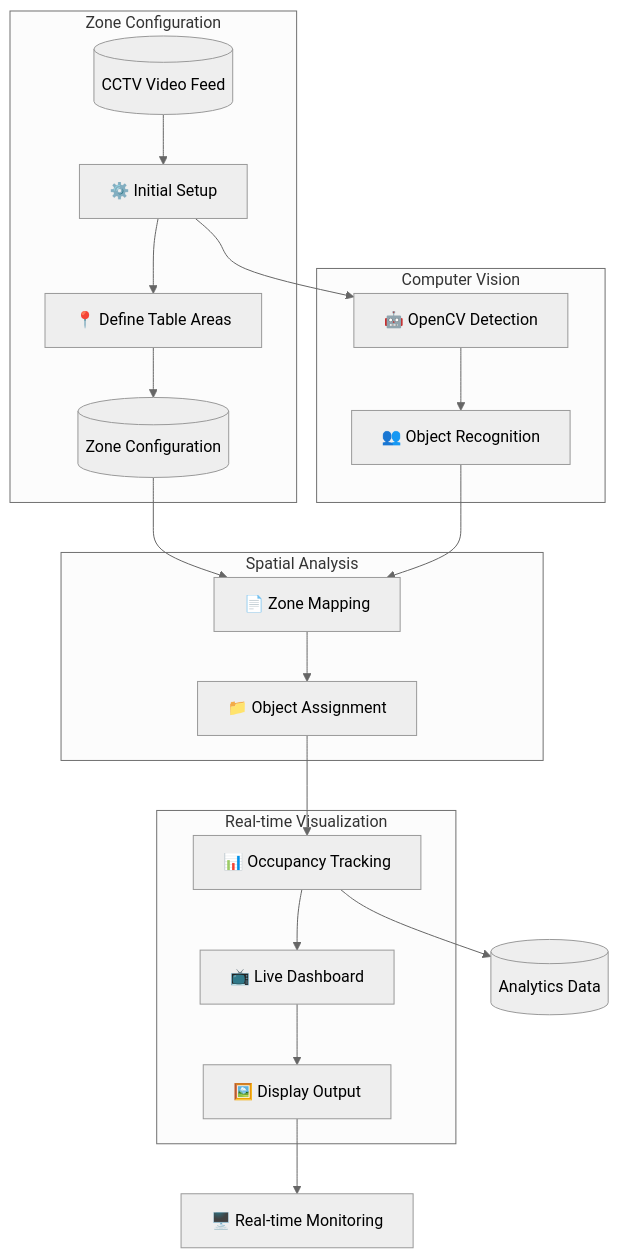
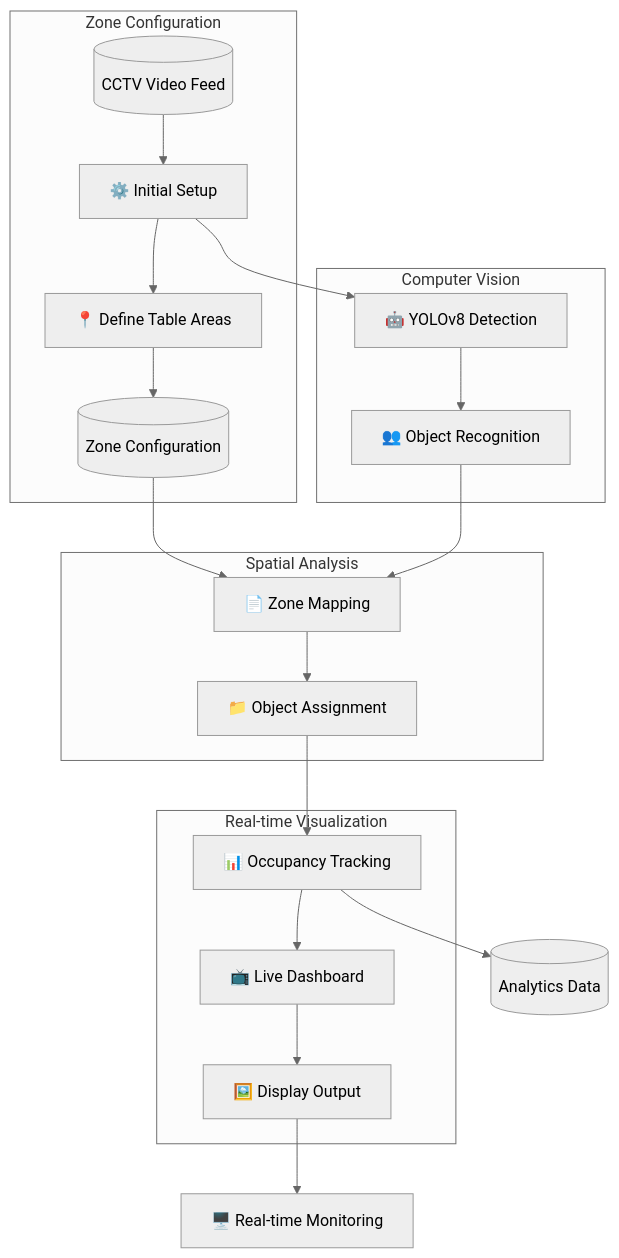
The diagram in README.md (brt427/cameraAI), drawn with Mermaid (neutral theme) before and after one commit. The commit also changed other lines of this file, not shown here.

````diff
--- a/README.md
+++ b/README.md
@@ -34,43 +32,43 @@
 ```mermaid
 flowchart TD
     subgraph ZoneConfig["Zone Configuration"]
         A[(CCTV Video Feed)]
         B[⚙️ Initial Setup]
         C[📍 Define Table Areas]
         D[(Zone Configuration)]
         
         A --> B
         B --> C
         C --> D
     end
     
     subgraph CV["Computer Vision"]
-        E[🤖 OpenCV Detection]
+        E[🤖 YOLOv8 Detection]
         F[👥 Object Recognition]
         
         E --> F
     end
     
     subgraph Spatial["Spatial Analysis"]
         G[📄 Zone Mapping]
         H[📁 Object Assignment]
         
         G --> H
     end
     
     subgraph Visualization["Real-time Visualization"]
         I[📊 Occupancy Tracking]
         J[📺 Live Dashboard]
         K[🖼️ Display Output]
         
         I --> J
         J --> K
     end
     
     B --> E
     D --> G
     F --> G
     H --> I
     I --> L[(Analytics Data)]
     K --> M[🖥️ Real-time Monitoring]
 ```
````
